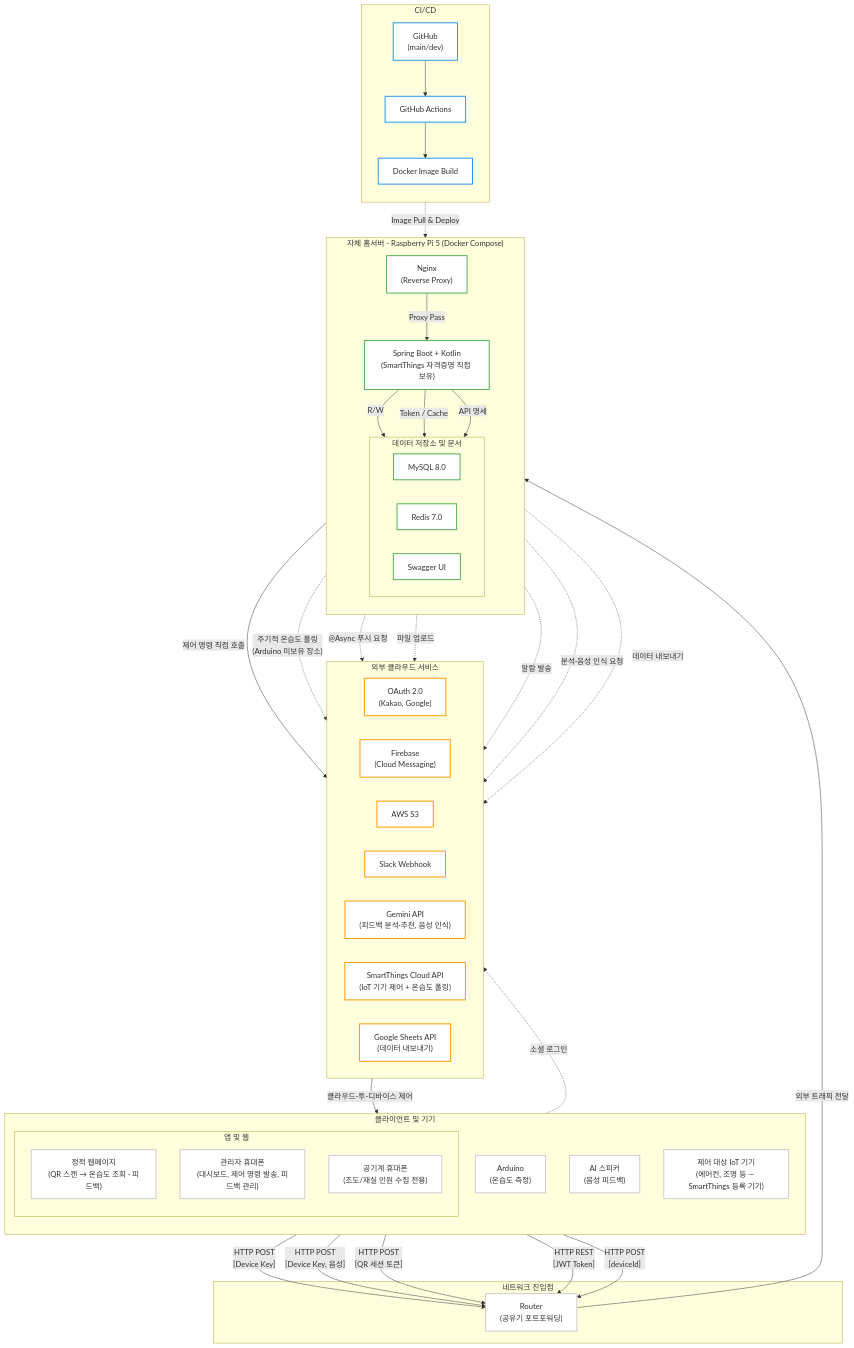
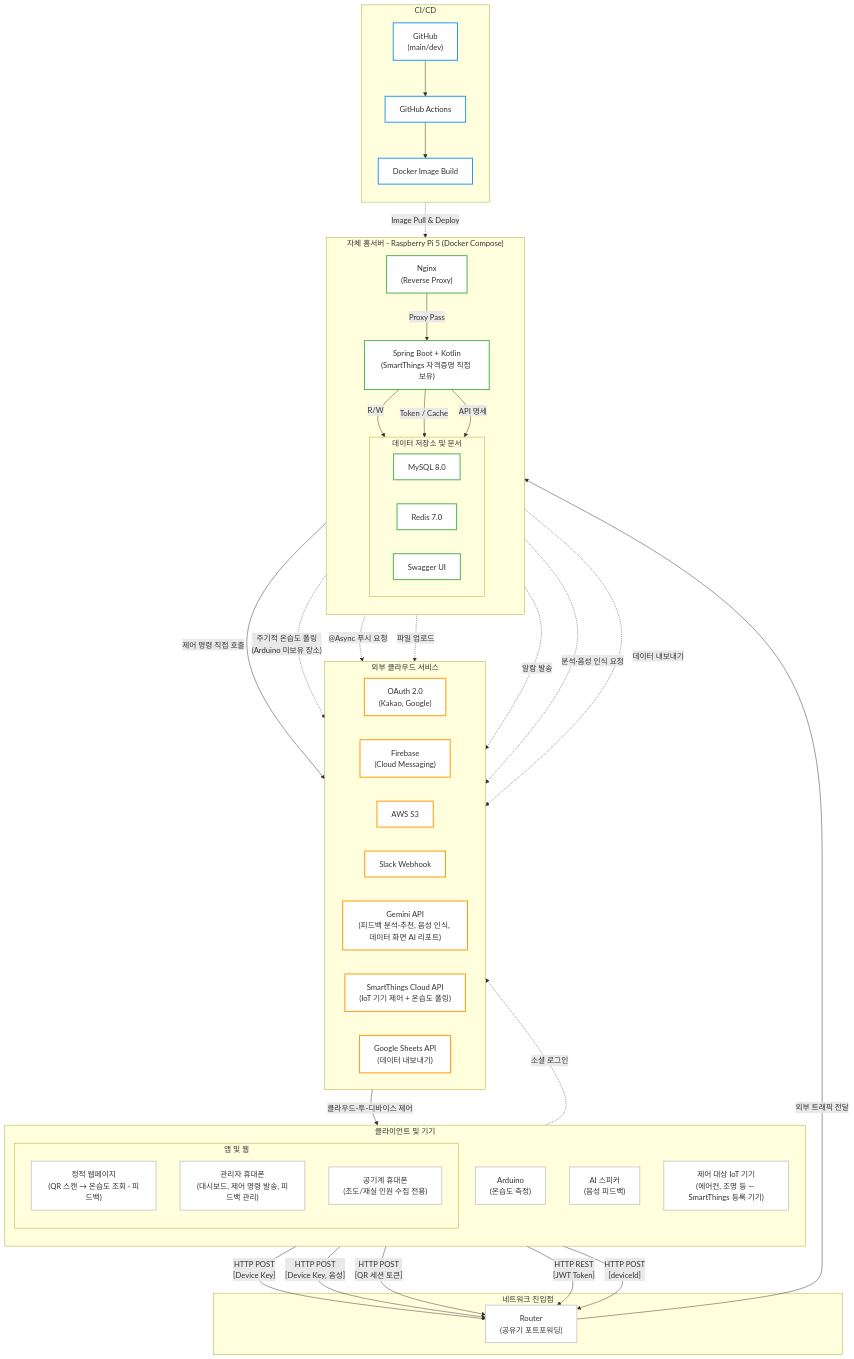
One commit to seongh06/reborn changed the first of 2 diagrams in README.md. Above: the diagram before and after it, drawn with Mermaid. The commit also changed other lines of this file and 11 other files, not shown here.

```diff
--- a/README.md
+++ b/README.md
@@ -67,7 +67,7 @@
         FCM["Firebase<br>(Cloud Messaging)"]:::external
         S3["AWS S3"]:::external
         Slack["Slack Webhook"]:::external
-        Gemini["Gemini API<br>(피드백 분석·추천, 음성 인식)"]:::external
+        Gemini["Gemini API<br>(피드백 분석·추천, 음성 인식, 데이터 화면 AI 리포트)"]:::external
         SmartThings["SmartThings Cloud API<br>(IoT 기기 제어 + 온습도 폴링)"]:::external
         Sheets["Google Sheets API<br>(데이터 내보내기)"]:::external
     end
```
